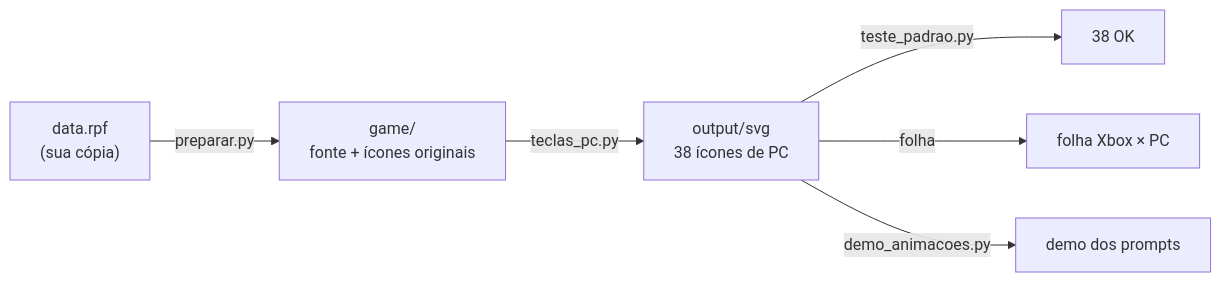
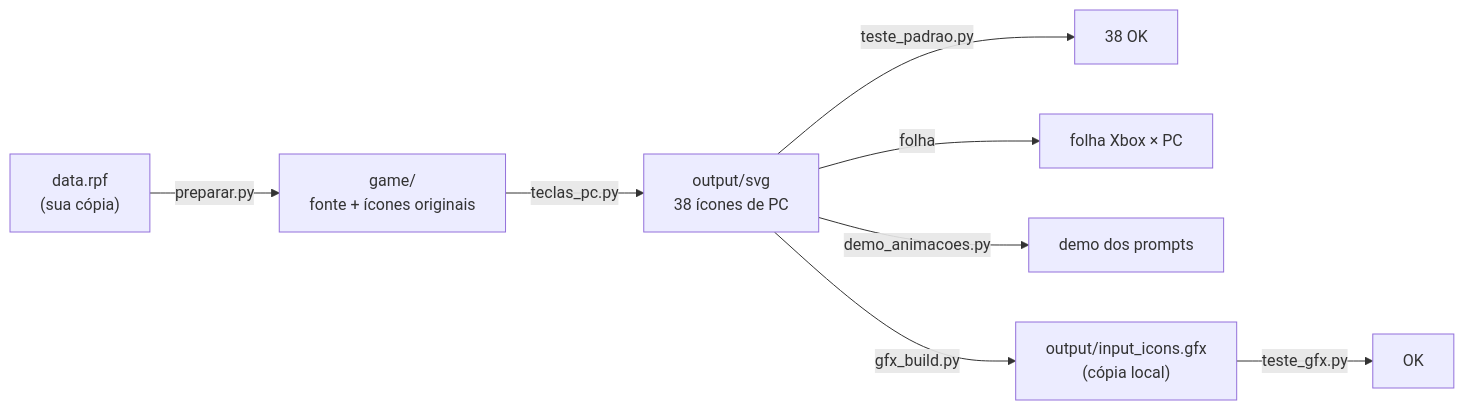
Before and after one commit to neverresetbr/iconicpink-blue: the diagram in README.pt-BR.md, drawn with Mermaid. The commit also changed other lines of this file and 5 other files, not shown here.

First line of the commit message:
Write the drawings into a copy of input_icons.gfx (phase 2)

````diff
--- a/README.pt-BR.md
+++ b/README.pt-BR.md
@@ -51,8 +51,10 @@
 ```mermaid
 flowchart LR
   A["data.rpf<br/>(sua cópia)"] -->|preparar.py| B["game/<br/>fonte + ícones originais"]
   B -->|teclas_pc.py| C["output/svg<br/>38 ícones de PC"]
   C -->|teste_padrao.py| D["38 OK"]
   C -->|folha| E["folha Xbox × PC"]
   C -->|demo_animacoes.py| F["demo dos prompts"]
+  C -->|gfx_build.py| G["output/input_icons.gfx<br/>(cópia local)"]
+  G -->|teste_gfx.py| H["OK"]
 ```
````
